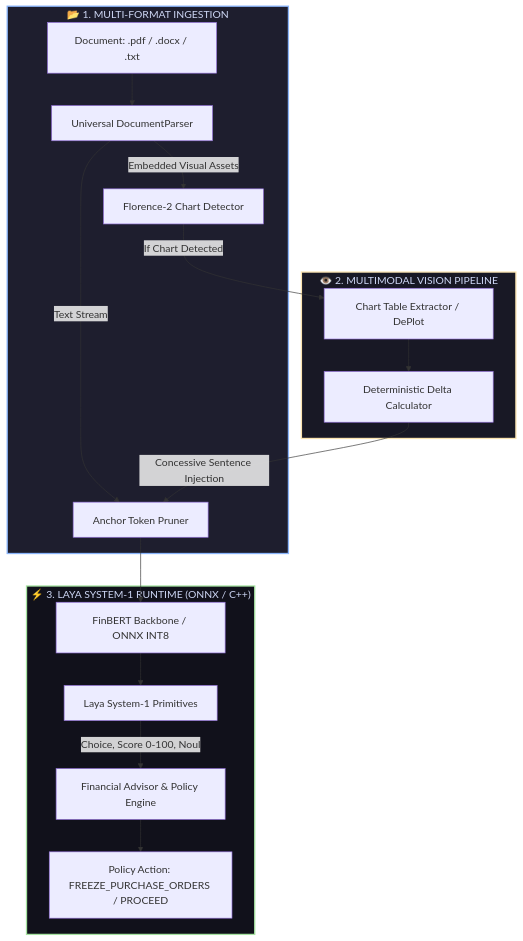
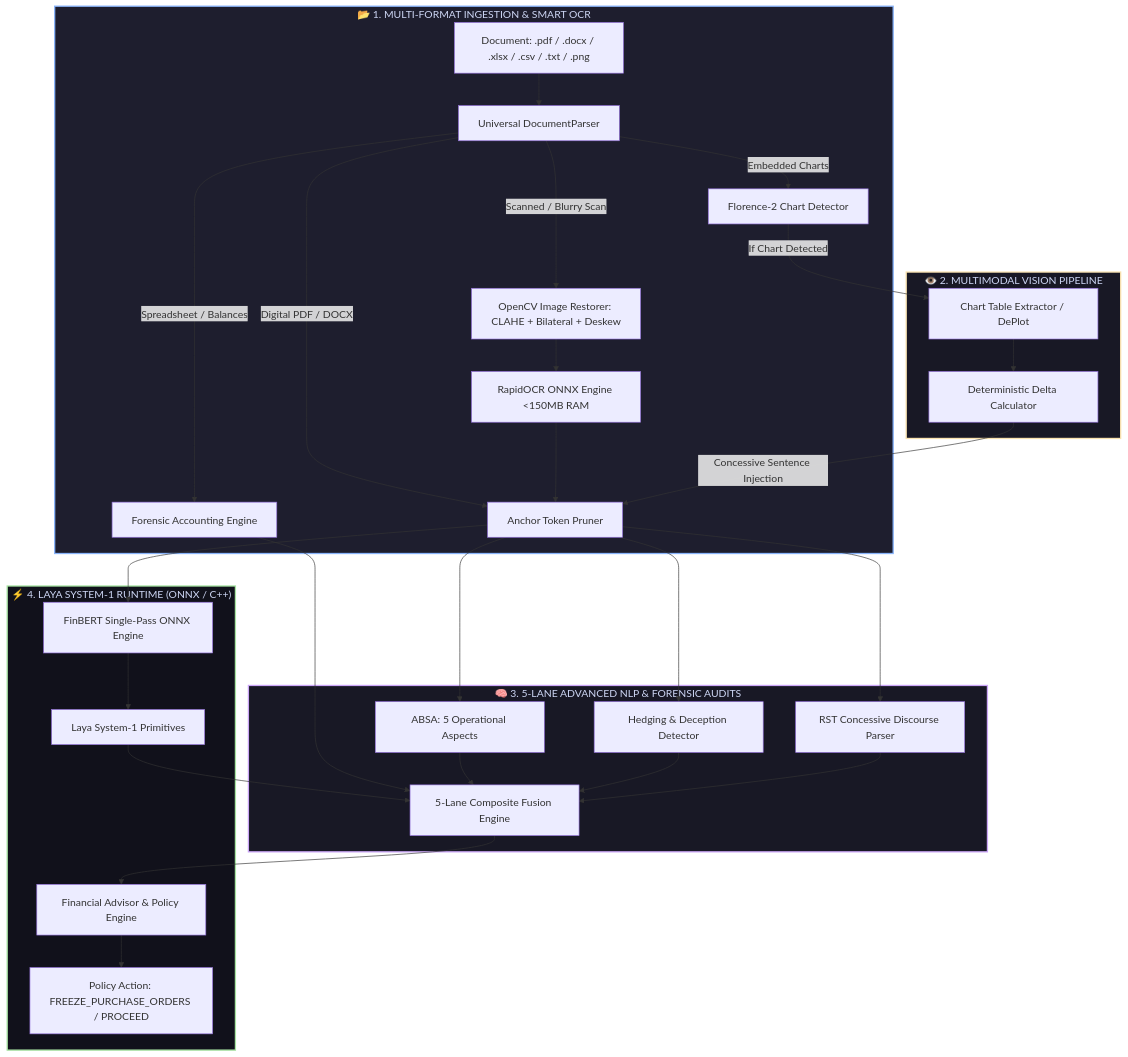
The diagram in README.md (Humble-Librarian/Virdixt), drawn with Mermaid before and after one commit. The commit also changed other lines of this file and 1 other file, not shown here.

Commit message:
docs: update README and architecture walkthrough with Web UI, 5-lane fusion, and single-pass FinBERT

````diff
--- a/README.md
+++ b/README.md
@@ -45,25 +49,41 @@
 ```mermaid
 flowchart TD
-    subgraph INGESTION["📂 1. MULTI-FORMAT INGESTION"]
-        INPUT[Document: .pdf / .docx / .txt] --> PARSE[Universal DocumentParser]
-        PARSE -->|Text Stream| PRUNE[Anchor Token Pruner]
-        PARSE -->|Embedded Visual Assets| DETECT[Florence-2 Chart Detector]
+    subgraph INGESTION["📂 1. MULTI-FORMAT INGESTION & SMART OCR"]
+        INPUT[Document: .pdf / .docx / .xlsx / .csv / .txt / .png] --> PARSE[Universal DocumentParser]
+        PARSE -->|Digital PDF / DOCX| PRUNE[Anchor Token Pruner]
+        PARSE -->|Scanned / Blurry Scan| ENHANCE[OpenCV Image Restorer: CLAHE + Bilateral + Deskew]
+        ENHANCE --> OCR[RapidOCR ONNX Engine <150MB RAM]
+        OCR --> PRUNE
+        PARSE -->|Spreadsheet / Balances| FOR_ENG[Forensic Accounting Engine]
+        PARSE -->|Embedded Charts| DETECT[Florence-2 Chart Detector]
     end
 
     subgraph VISION["👁️ 2. MULTIMODAL VISION PIPELINE"]
         DETECT -->|If Chart Detected| EXTRACT[Chart Table Extractor / DePlot]
         EXTRACT --> DELTA[Deterministic Delta Calculator]
         DELTA -->|Concessive Sentence Injection| PRUNE
     end
 
-    subgraph DECISION["⚡ 3. LAYA SYSTEM-1 RUNTIME (ONNX / C++)"]
-        PRUNE --> FINBERT[FinBERT Backbone / ONNX INT8]
+    subgraph AUDITS["🧠 3. 5-LANE ADVANCED NLP & FORENSIC AUDITS"]
+        PRUNE --> ABSA[ABSA: 5 Operational Aspects]
+        PRUNE --> HEDGE[Hedging & Deception Detector]
+        PRUNE --> DISC[RST Concessive Discourse Parser]
+        FOR_ENG --> FUSION[5-Lane Composite Fusion Engine]
+        ABSA --> FUSION
+        HEDGE --> FUSION
+        DISC --> FUSION
+    end
+
+    subgraph DECISION["⚡ 4. LAYA SYSTEM-1 RUNTIME (ONNX / C++)"]
+        PRUNE --> FINBERT[FinBERT Single-Pass ONNX Engine]
         FINBERT --> LAYA[Laya System-1 Primitives]
-        LAYA -->|Choice, Score 0-100, Noul| ERP[Financial Advisor & Policy Engine]
+        LAYA --> FUSION
+        FUSION --> ERP[Financial Advisor & Policy Engine]
         ERP --> ACTION[Policy Action: FREEZE_PURCHASE_ORDERS / PROCEED]
     end
 
     style INGESTION fill:#1e1e2e,stroke:#89b4fa,stroke-width:2px,color:#cdd6f4
     style VISION fill:#181825,stroke:#f9e2af,stroke-width:2px,color:#cdd6f4
+    style AUDITS fill:#181825,stroke:#cba6f7,stroke-width:2px,color:#cdd6f4
     style DECISION fill:#11111b,stroke:#a6e3a1,stroke-width:2px,color:#cdd6f4
 ```
````
